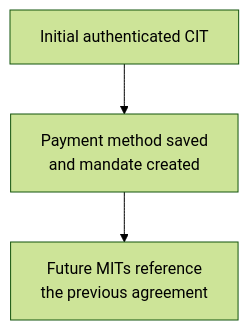
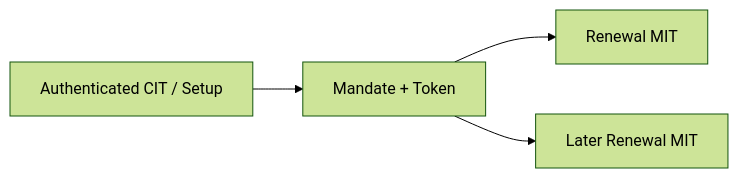
The fourth of 14 diagrams in src/content/payments/mandates-recurring.md (AvadhBhalodiya/Interview-Preparation), drawn with Mermaid (forest theme) before and after one commit. The commit also changed other lines of this file and 54 other files, not shown here.

````diff
--- a/src/content/payments/mandates-recurring.md
+++ b/src/content/payments/mandates-recurring.md
@@ -343,5 +231,6 @@
 ```mermaid
-flowchart TD
-    CIT[Initial authenticated CIT] --> SAVED[Payment method saved<br/>and mandate created]
-    SAVED --> MIT[Future MITs reference<br/>the previous agreement]
+flowchart LR
+    CIT[Authenticated CIT / Setup] --> M[Mandate + Token]
+    M --> MIT1[Renewal MIT]
+    M --> MIT2[Later Renewal MIT]
 ```
````
